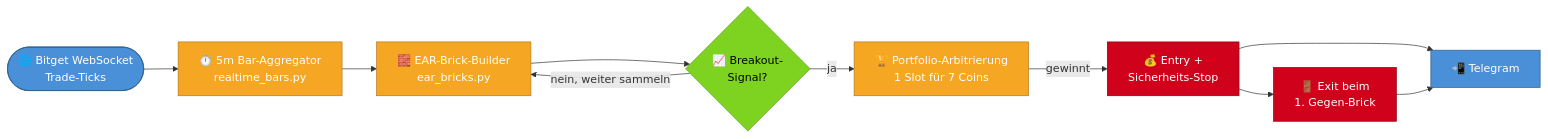
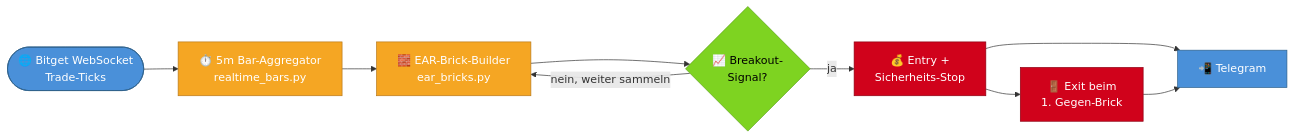
Before and after one commit to Youra82/oraclebot: the first of 3 diagrams in README.md, drawn with Mermaid. The commit also changed other lines of this file and 7 other files, not shown here.

````diff
--- a/README.md
+++ b/README.md
@@ -133,17 +134,16 @@
 ```mermaid
 flowchart LR
     A(["🌐 Bitget WebSocket<br/>Trade-Ticks"]):::io --> B["⏱️ 5m Bar-Aggregator<br/>realtime_bars.py"]:::proc
     B --> C["🧱 EAR-Brick-Builder<br/>ear_bricks.py"]:::proc
     C --> D{"📈 Breakout-<br/>Signal?"}:::decision
     D -- "nein, weiter sammeln" --> C
-    D -- "ja" --> E["🏆 Portfolio-Arbitrierung<br/>1 Slot für 7 Coins"]:::proc
-    E -- "gewinnt" --> F["💰 Entry +<br/>Sicherheits-Stop"]:::action
+    D -- "ja" --> F["💰 Entry +<br/>Sicherheits-Stop"]:::action
     F --> G["🚪 Exit beim<br/>1. Gegen-Brick"]:::action
     F --> H["📲 Telegram"]:::io
     G --> H
 
     classDef io fill:#4A90D9,stroke:#2C5F8A,color:#fff
     classDef proc fill:#F5A623,stroke:#B8791A,color:#fff
     classDef decision fill:#7ED321,stroke:#5AA017,color:#000
     classDef action fill:#D0021B,stroke:#8E0113,color:#fff
 ```
````
